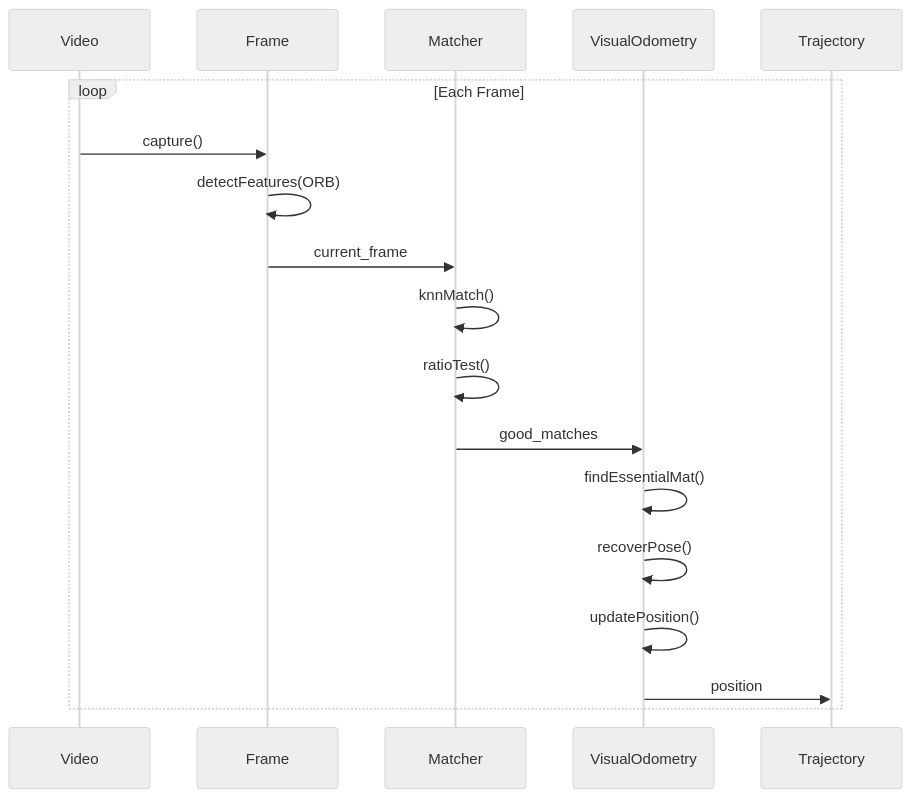
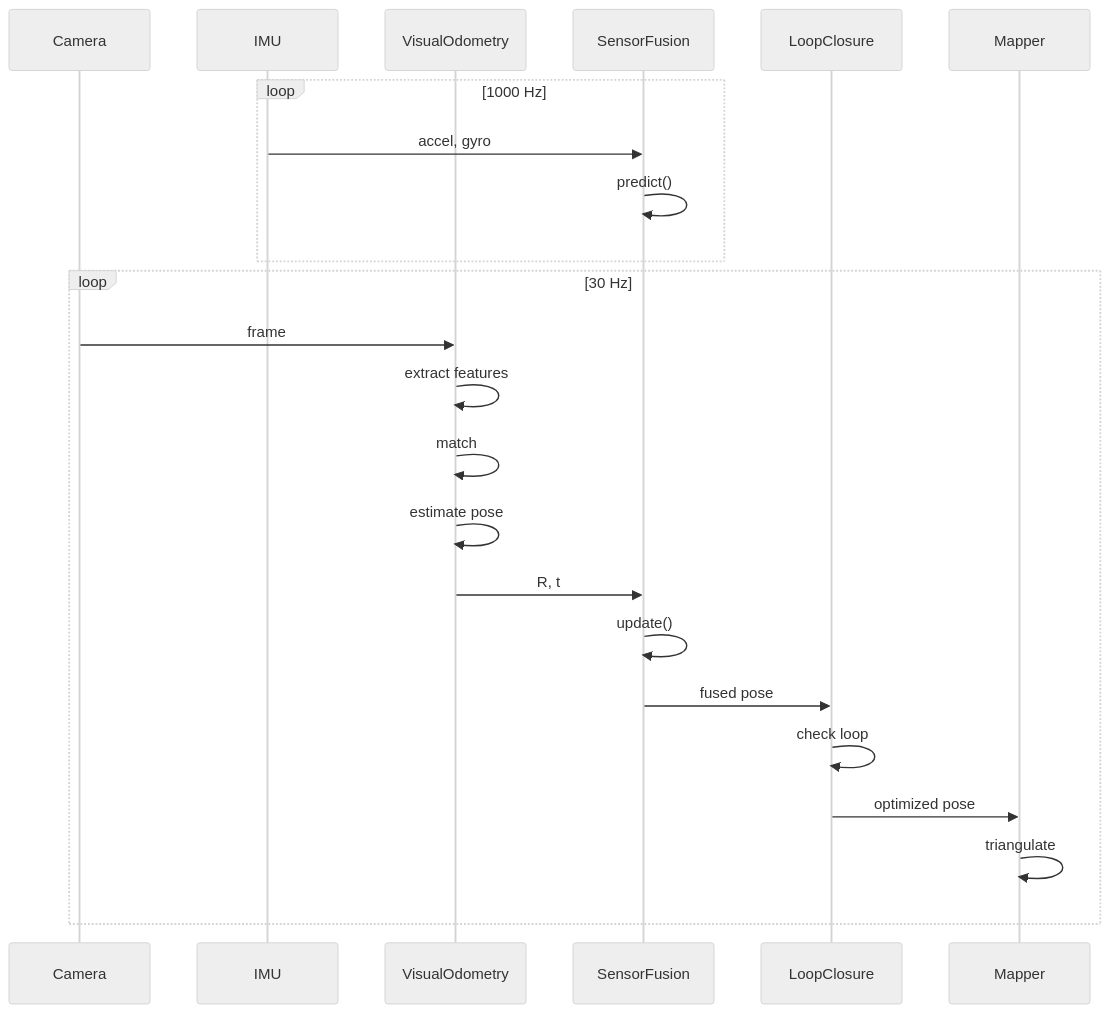
Before and after one commit to robertteleng/aria-slam: the fifth of 10 diagrams in README.md, drawn with Mermaid (neutral theme). The commit also changed other lines of this file and 2 other files, not shown here.

````diff
--- a/README.md
+++ b/README.md
@@ -221,21 +238,27 @@
 ```mermaid
 sequenceDiagram
-    participant V as Video
-    participant F as Frame
-    participant M as Matcher
+    participant C as Camera
+    participant I as IMU
     participant VO as VisualOdometry
-    participant T as Trajectory
+    participant SF as SensorFusion
+    participant LC as LoopClosure
+    participant M as Mapper
     
-    loop Each Frame
-        V->>F: capture()
-        F->>F: detectFeatures(ORB)
-        F->>M: current_frame
-        M->>M: knnMatch()
-        M->>M: ratioTest()
-        M->>VO: good_matches
-        VO->>VO: findEssentialMat()
-        VO->>VO: recoverPose()
-        VO->>VO: updatePosition()
-        VO->>T: position
+    loop 1000 Hz
+        I->>SF: accel, gyro
+        SF->>SF: predict()
+    end
+    
+    loop 30 Hz
+        C->>VO: frame
+        VO->>VO: extract features
+        VO->>VO: match
+        VO->>VO: estimate pose
+        VO->>SF: R, t
+        SF->>SF: update()
+        SF->>LC: fused pose
+        LC->>LC: check loop
+        LC->>M: optimized pose
+        M->>M: triangulate
     end
 ```
````
